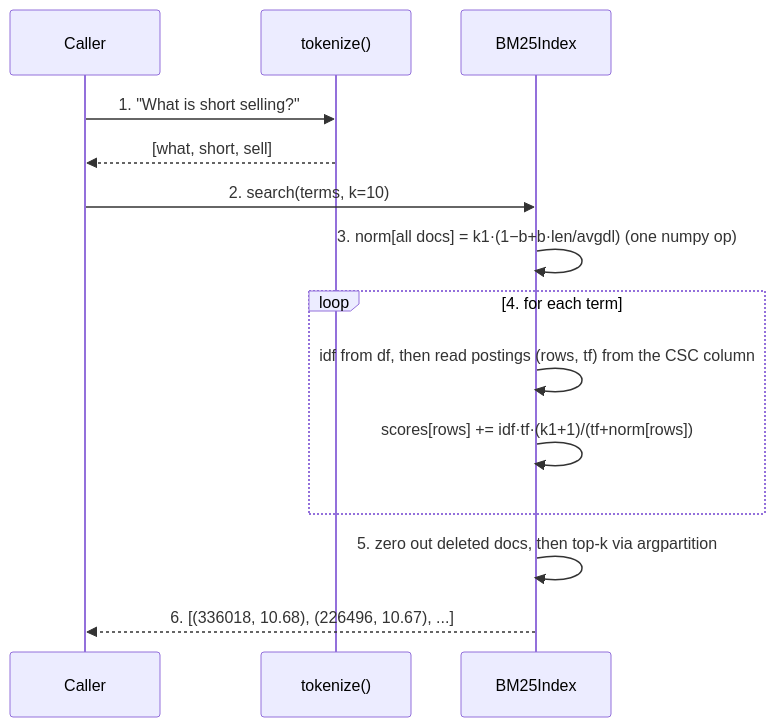
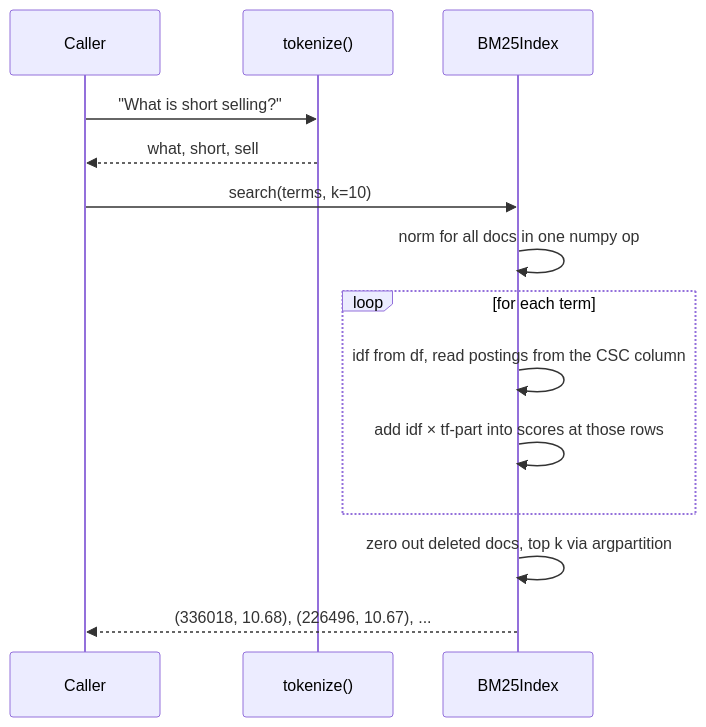
The third of 3 diagrams in docs/from_zero/03_keyword_search_bm25.md (node31/fiqa-agentic-retrieval), drawn with Mermaid before and after one commit. The commit also changed other lines of this file and 9 other files, not shown here.

````diff
--- a/docs/from_zero/03_keyword_search_bm25.md
+++ b/docs/from_zero/03_keyword_search_bm25.md
@@ -231,16 +170,16 @@
 ```mermaid
 sequenceDiagram
     participant C as Caller
     participant T as tokenize()
     participant I as BM25Index
-    C->>T: 1. "What is short selling?"
-    T-->>C: [what, short, sell]
-    C->>I: 2. search(terms, k=10)
-    I->>I: 3. norm[all docs] = k1·(1−b+b·len/avgdl)   (one numpy op)
-    loop 4. for each term
-        I->>I: idf from df, then read postings (rows, tf) from the CSC column
-        I->>I: scores[rows] += idf·tf·(k1+1)/(tf+norm[rows])
+    C->>T: "What is short selling?"
+    T-->>C: what, short, sell
+    C->>I: search(terms, k=10)
+    I->>I: norm for all docs in one numpy op
+    loop for each term
+        I->>I: idf from df, read postings from the CSC column
+        I->>I: add idf × tf-part into scores at those rows
     end
-    I->>I: 5. zero out deleted docs, then top-k via argpartition
-    I-->>C: 6. [(336018, 10.68), (226496, 10.67), ...]
+    I->>I: zero out deleted docs, top k via argpartition
+    I-->>C: (336018, 10.68), (226496, 10.67), ...
 ```
````
